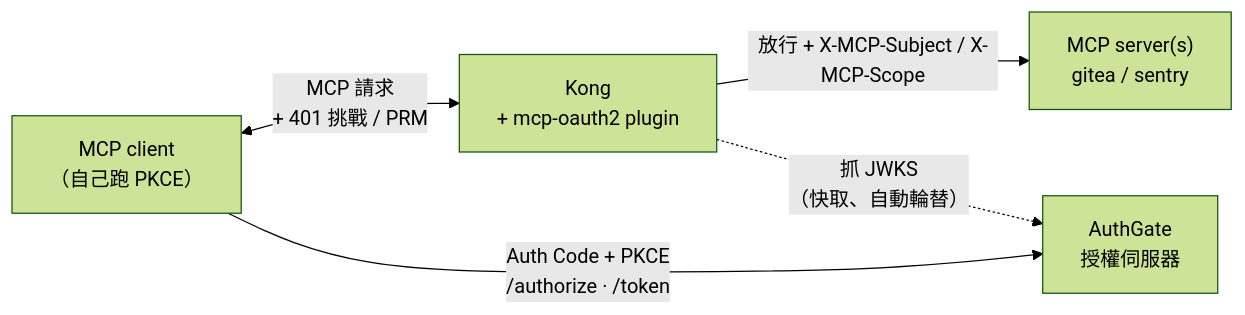
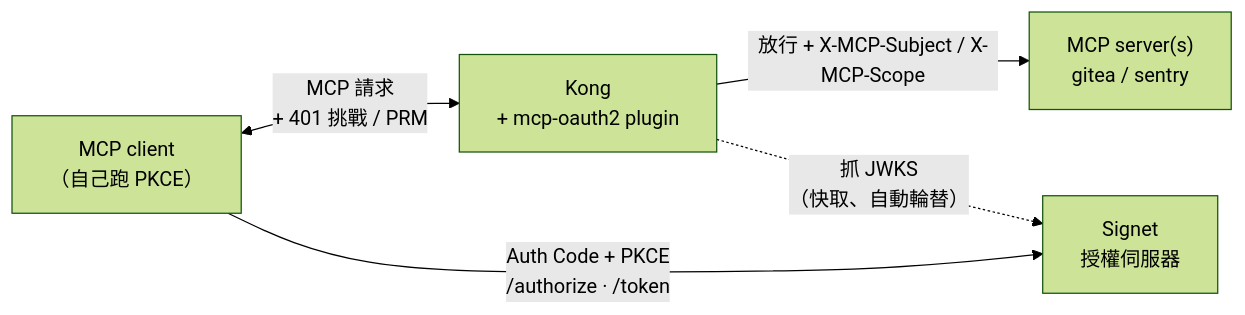
The first of 2 diagrams in README.zh-TW.md (go-authgate/kong-mcp-oauth2), drawn with Mermaid (forest theme) before and after one commit. The commit also changed other lines of this file and 13 other files, not shown here.

First line of the commit message:
docs: rename AuthGate to Signet and link go-signet repo (#7)

````diff
--- a/README.zh-TW.md
+++ b/README.zh-TW.md
@@ -33,12 +33,12 @@
 ```mermaid
 graph LR
     client["MCP client<br/>（自己跑 PKCE）"]
     kong["Kong<br/>+ mcp-oauth2 plugin"]
-    authgate["AuthGate<br/>授權伺服器"]
+    authgate["Signet<br/>授權伺服器"]
     mcp["MCP server(s)<br/>gitea / sentry"]
 
     client <-->|"MCP 請求<br/>+ 401 挑戰 / PRM"| kong
     kong -->|"放行 + X-MCP-Subject / X-MCP-Scope"| mcp
     client -->|"Auth Code + PKCE<br/>/authorize · /token"| authgate
     kong -.->|"抓 JWKS<br/>（快取、自動輪替）"| authgate
 ```
````
